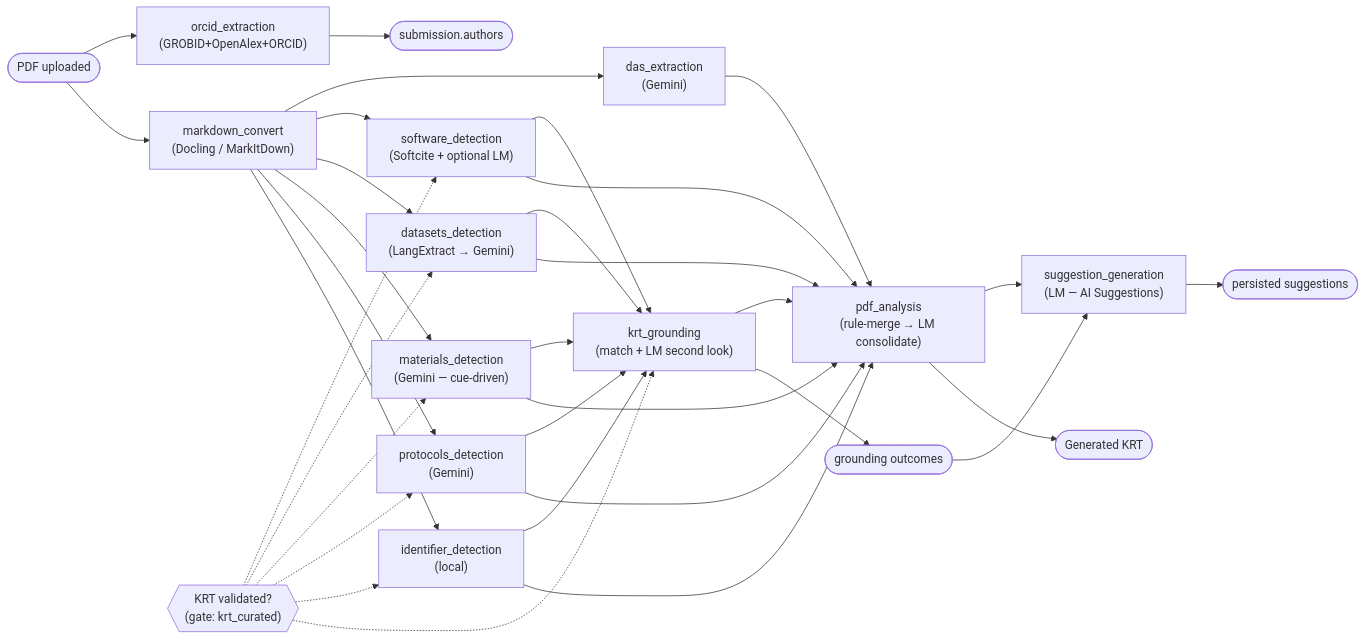
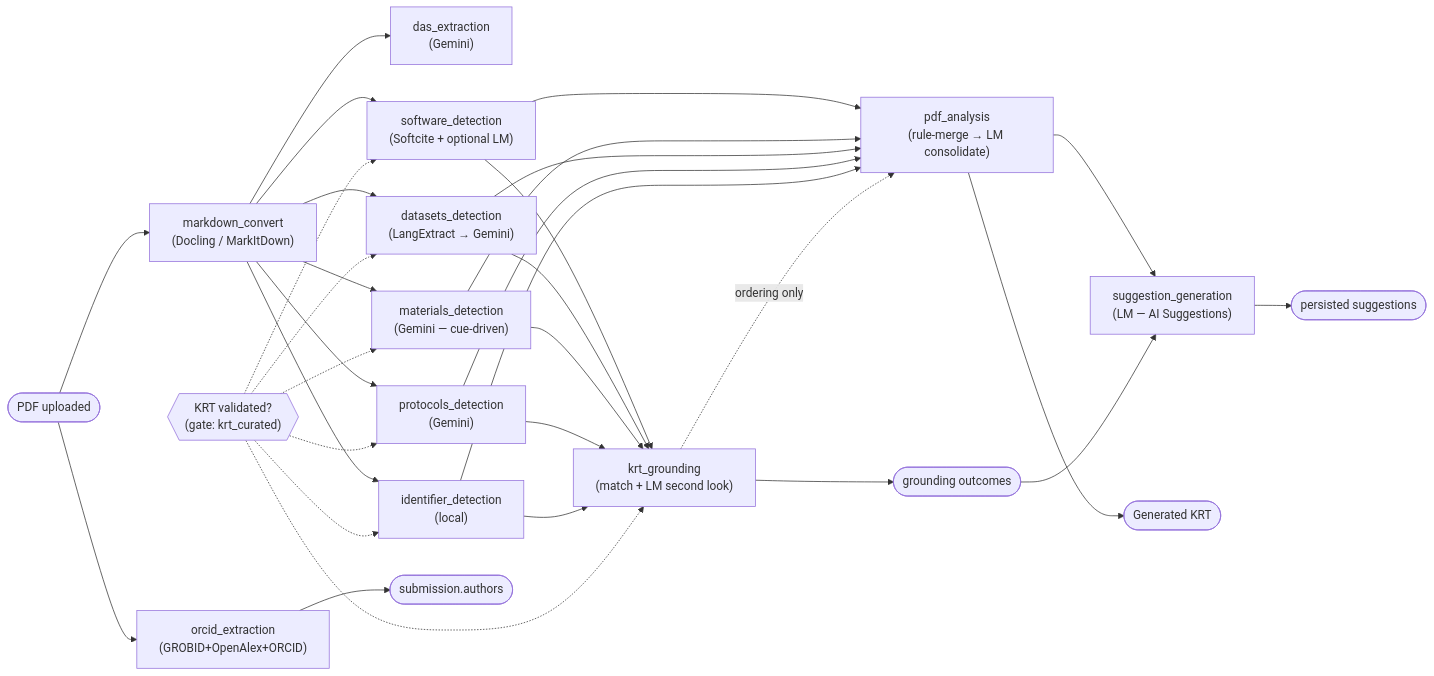
The diagram in docs/pipeline-modules.md (DataSeer/asap-kr-sync), drawn with Mermaid before and after one commit. The commit also changed other lines of this file, not shown here.

First line of the commit message:
docs: the diagram drew two data edges into PDF Analysis that carry no data

````diff
--- a/docs/pipeline-modules.md
+++ b/docs/pipeline-modules.md
@@ -38,35 +48,34 @@
 ```mermaid
 flowchart LR
     UP(["PDF uploaded"]) --> OR["orcid_extraction<br/>(GROBID+OpenAlex+ORCID)"]
     UP --> MDC["markdown_convert<br/>(Docling / MarkItDown)"]
     MDC --> DAS["das_extraction<br/>(Gemini)"]
     MDC --> SW["software_detection<br/>(Softcite + optional LM)"]
     MDC --> DS["datasets_detection<br/>(LangExtract → Gemini)"]
     MDC --> MAT["materials_detection<br/>(Gemini — cue-driven)"]
     MDC --> PR["protocols_detection<br/>(Gemini)"]
     MDC --> ID["identifier_detection<br/>(local)"]
     SW --> KG["krt_grounding<br/>(match + LM second look)"]
     DS --> KG
     MAT --> KG
     PR --> KG
     ID --> KG
     KRTV{{"KRT validated?<br/>(gate: krt_curated)"}} -.-> SW
     KRTV -.-> DS
     KRTV -.-> MAT
     KRTV -.-> PR
     KRTV -.-> ID
     KRTV -.-> KG
     SW --> PA["pdf_analysis<br/>(rule-merge → LM consolidate)"]
     MAT --> PA
-    DAS --> PA
     DS --> PA
     PR --> PA
     ID --> PA
-    KG --> PA
+    KG -.->|"ordering only"| PA
     KG --> GR(["grounding outcomes"])
     PA --> SG["suggestion_generation<br/>(LM — AI Suggestions)"]
     GR --> SG
     SG --> SUG(["persisted suggestions"])
     PA --> GK(["Generated KRT"])
     OR --> AU(["submission.authors"])
 ```
````
